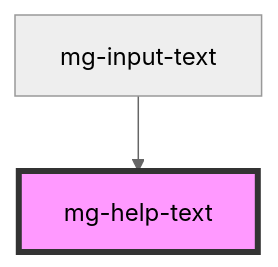
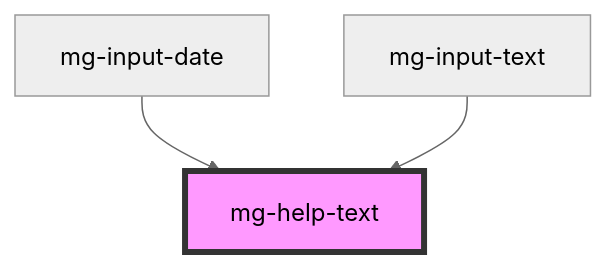
The diagram in src/components/mg-help-text/readme.md (MGDIS/mg-components), drawn with Mermaid (neutral theme) before and after one commit. The commit also changed other lines of this file and 34 other files, not shown here.

First line of the commit message:
feat(mg-input-date): add new structure for input components

````diff
--- a/src/components/mg-help-text/readme.md
+++ b/src/components/mg-help-text/readme.md
@@ -22,5 +23,6 @@
 ```mermaid
 graph TD;
+  mg-input-date --> mg-help-text
   mg-input-text --> mg-help-text
   style mg-help-text fill:#f9f,stroke:#333,stroke-width:4px
 ```
````
